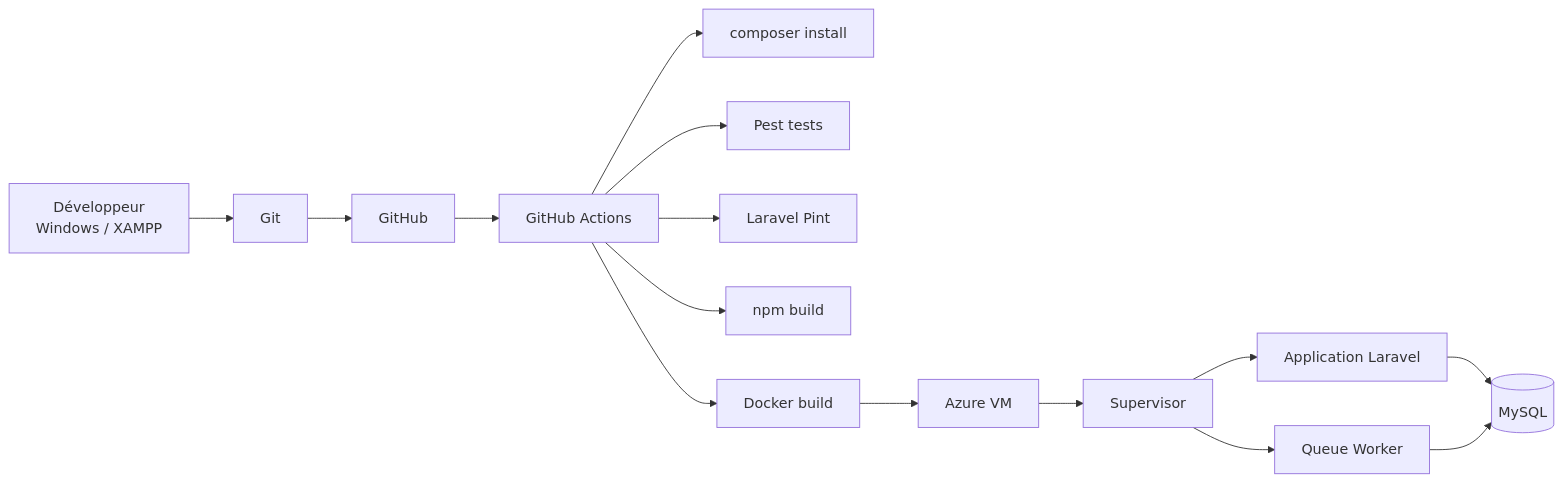
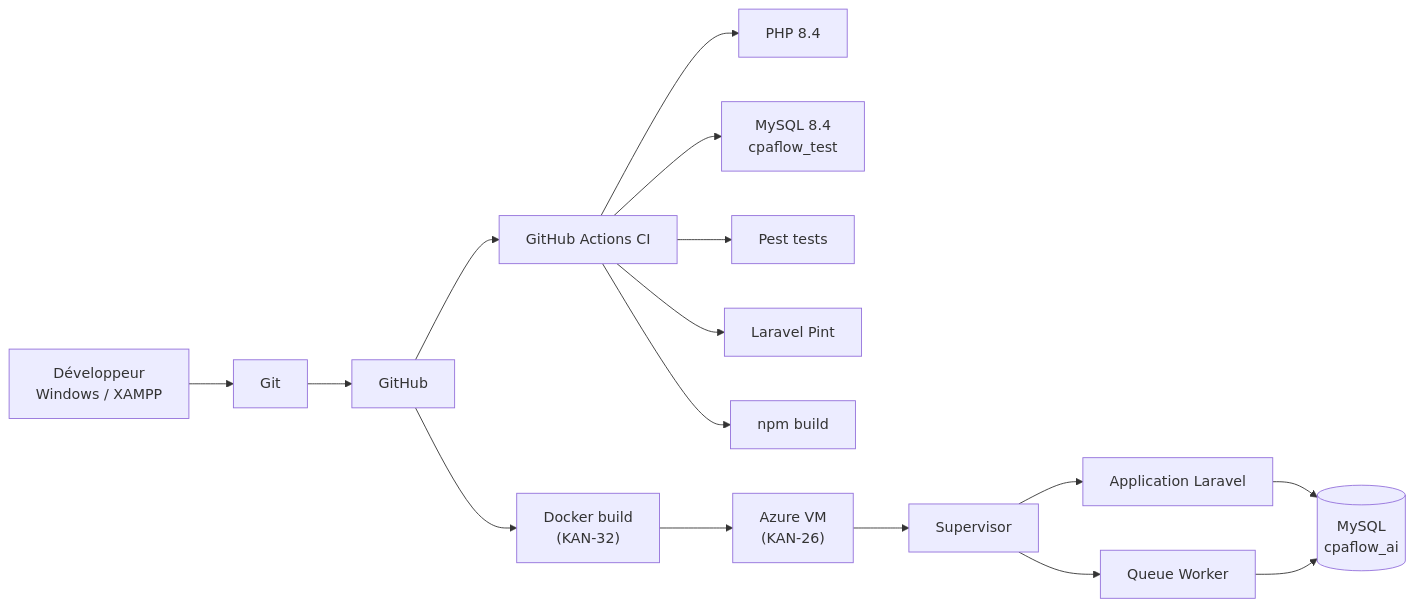
The fourth of 4 diagrams in docs/conception-technique.md (younesbarrag/-cpaflow-ai), drawn with Mermaid before and after one commit. The commit also changed other lines of this file and 7 other files, not shown here.

Commit message:
ci: add GitHub Actions validation pipeline

````diff
--- a/docs/conception-technique.md
+++ b/docs/conception-technique.md
@@ -709,17 +709,18 @@
 ```mermaid
 flowchart LR
     Dev["Développeur<br/>Windows / XAMPP"] --> Git["Git"]
     Git --> GitHub["GitHub"]
-    GitHub --> CI["GitHub Actions"]
-    CI --> Install["composer install"]
+    GitHub --> CI["GitHub Actions CI"]
+    CI --> PHP["PHP 8.4"]
+    CI --> MySQL["MySQL 8.4<br/>cpaflow_test"]
     CI --> Pest["Pest tests"]
     CI --> Pint["Laravel Pint"]
     CI --> Npm["npm build"]
-    CI --> DockerBuild["Docker build"]
-    DockerBuild --> AzureVM["Azure VM"]
+    GitHub --> DockerBuild["Docker build<br/>(KAN-32)"]
+    DockerBuild --> AzureVM["Azure VM<br/>(KAN-26)"]
     AzureVM --> Supervisor["Supervisor"]
     Supervisor --> Laravel["Application Laravel"]
     Supervisor --> QueueWorker["Queue Worker"]
-    Laravel --> MySQL[("MySQL")]
-    QueueWorker --> MySQL
+    Laravel --> MySQLProd[("MySQL<br/>cpaflow_ai")]
+    QueueWorker --> MySQLProd
 ```
````
